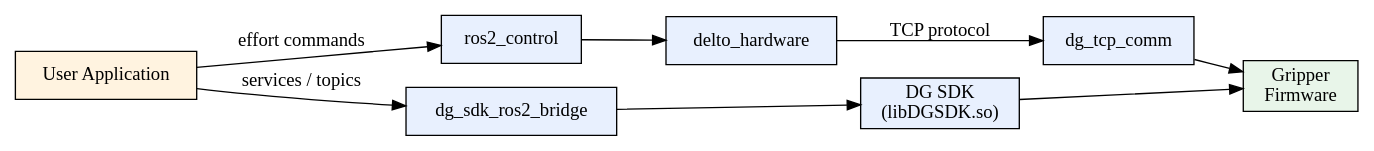
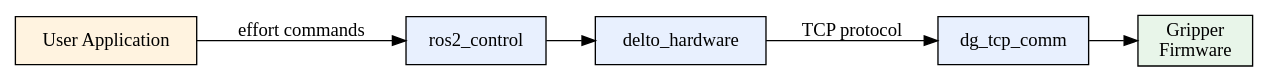
The first of 2 diagrams in doc/source/architecture/overview.md (tesollodelto/tesollo_ros2), drawn with Graphviz before and after one commit. The commit also changed other lines of this file, not shown here.

First line of the commit message:
docs: Separate architecture diagrams for mutually exclusive paths

````diff
--- a/doc/source/architecture/overview.md
+++ b/doc/source/architecture/overview.md
@@ -20,24 +24,17 @@
 ```{graphviz}
-digraph G {
+digraph A {
     rankdir=LR;
     node [shape=box, style=filled, fillcolor="#E8F0FE"];
 
     User [label="User Application", fillcolor="#FFF3E0"];
     RC [label="ros2_control"];
     HW [label="delto_hardware"];
     TCP [label="dg_tcp_comm"];
     FW [label="Gripper\nFirmware", fillcolor="#E8F5E9"];
 
-    Bridge [label="dg_sdk_ros2_bridge"];
-    SDK [label="DG SDK\n(libDGSDK.so)"];
-
     User -> RC [label="effort commands"];
     RC -> HW;
     HW -> TCP [label="TCP protocol"];
     TCP -> FW;
-
-    User -> Bridge [label="services / topics"];
-    Bridge -> SDK;
-    SDK -> FW;
 }
 ```
````
